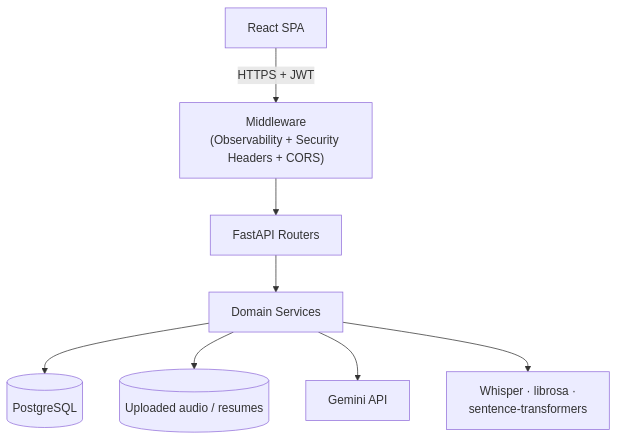
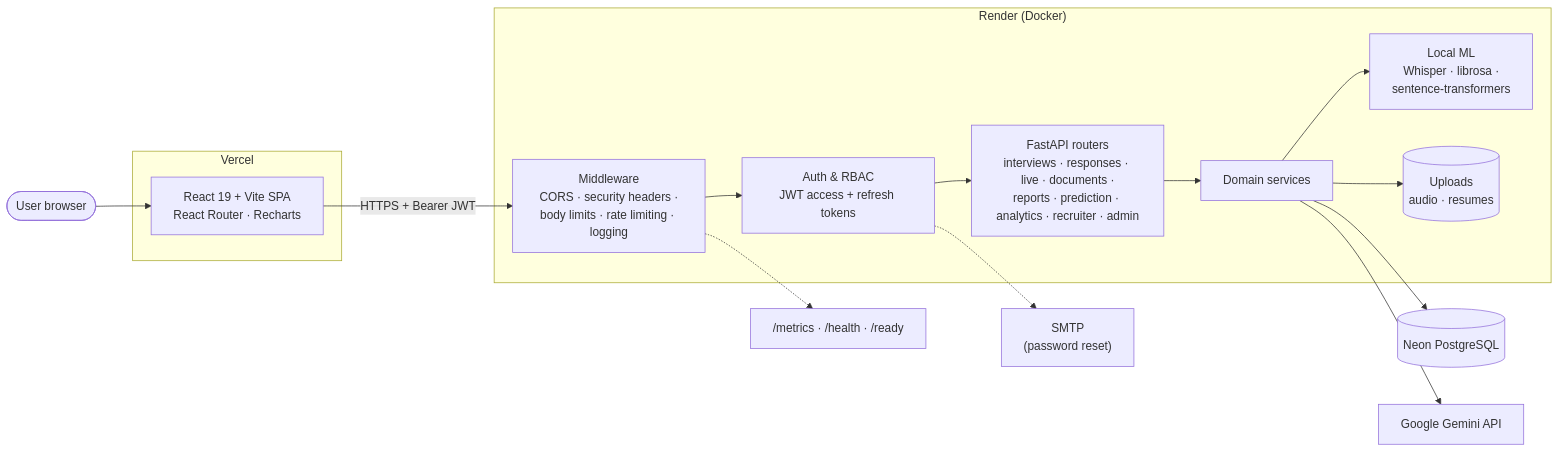
Before and after one commit to KeerthanaPothula/ai-interview-intelligence-platform: the first of 3 diagrams in README.md, drawn with Mermaid. The commit also changed other lines of this file, not shown here.

````diff
--- a/README.md
+++ b/README.md
@@ -151,10 +296,32 @@
 ```mermaid
-flowchart TB
-    SPA["React SPA"] -->|"HTTPS + JWT"| MW["Middleware\n(Observability + Security Headers + CORS)"]
-    MW --> Routers["FastAPI Routers"]
-    Routers --> Services["Domain Services"]
-    Services --> DB[("PostgreSQL")]
-    Services --> FS[("Uploaded audio / resumes")]
-    Services --> Gemini["Gemini API"]
-    Services --> Local["Whisper · librosa ·\nsentence-transformers"]
+flowchart LR
+    User(["User browser"])
+
+    subgraph Vercel["Vercel"]
+        SPA["React 19 + Vite SPA<br/>React Router · Recharts"]
+    end
+
+    subgraph Render["Render (Docker)"]
+        MW["Middleware<br/>CORS · security headers ·<br/>body limits · rate limiting · logging"]
+        Auth["Auth & RBAC<br/>JWT access + refresh tokens"]
+        Routers["FastAPI routers<br/>interviews · responses · live · documents ·<br/>reports · prediction · analytics · recruiter · admin"]
+        Services["Domain services"]
+        Local["Local ML<br/>Whisper · librosa ·<br/>sentence-transformers"]
+        FS[("Uploads<br/>audio · resumes")]
+    end
+
+    DB[("Neon PostgreSQL")]
+    Gemini["Google Gemini API"]
+    SMTP["SMTP<br/>(password reset)"]
+    Metrics["/metrics · /health · /ready"]
+
+    User --> SPA
+    SPA -->|"HTTPS + Bearer JWT"| MW
+    MW --> Auth --> Routers --> Services
+    Services --> DB
+    Services --> FS
+    Services --> Local
+    Services --> Gemini
+    Auth -.-> SMTP
+    MW -.-> Metrics
 ```
````
